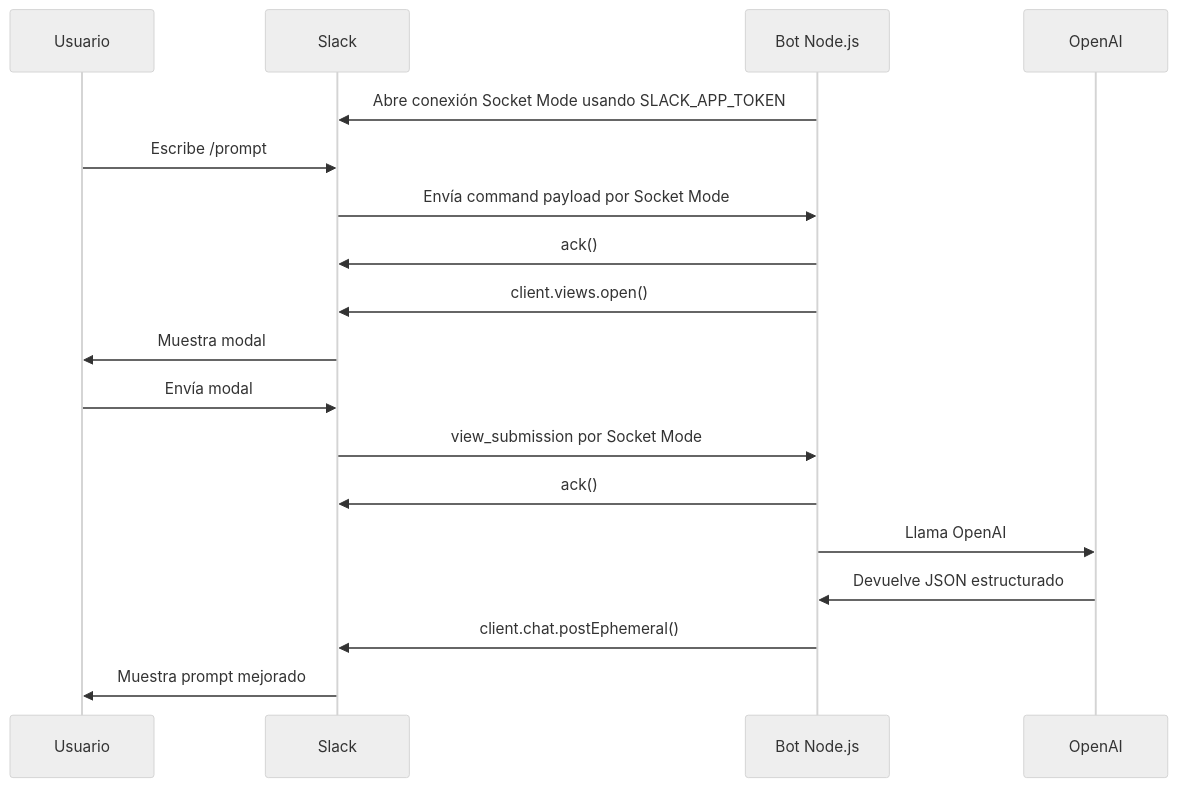
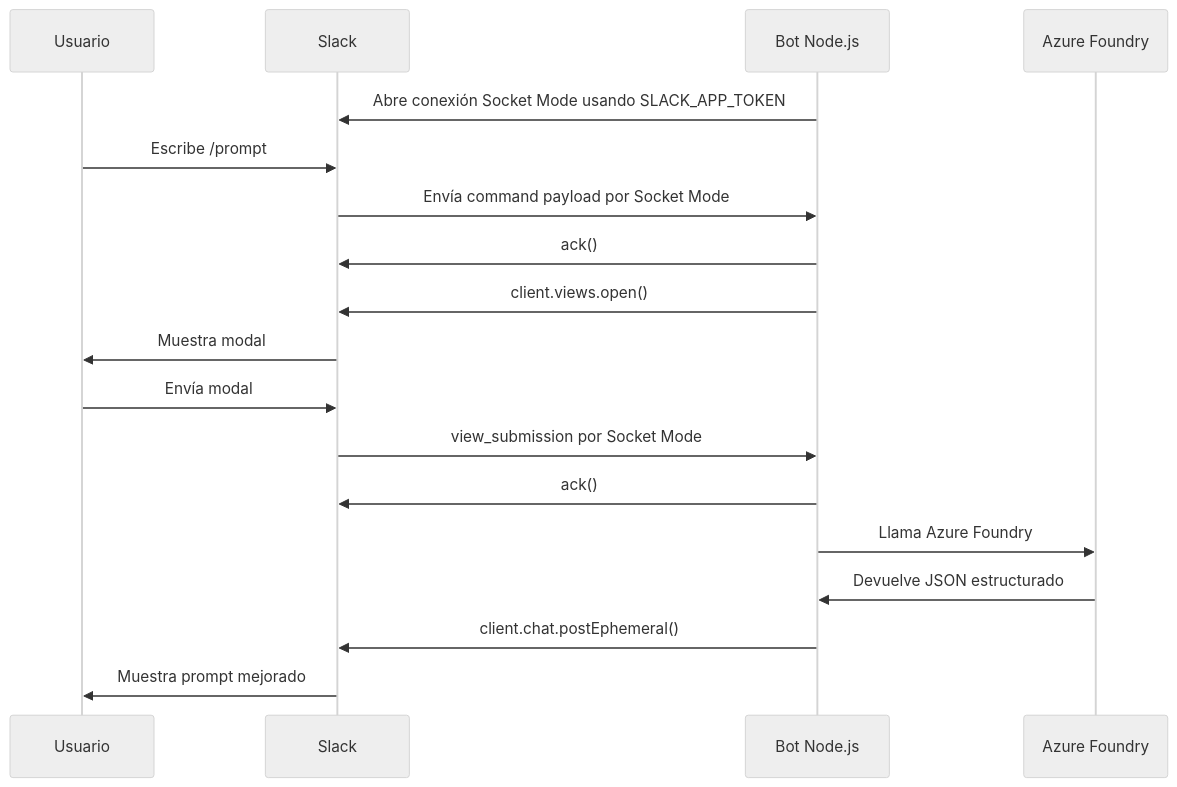
Before and after one commit to dquesada-token/slackMasterPrompt: the diagram in README.md, drawn with Mermaid (neutral theme). The commit also changed other lines of this file and 11 other files, not shown here.

Commit message:
feat: migrar integración LLM a Azure Foundry

````diff
--- a/README.md
+++ b/README.md
@@ -77,22 +77,22 @@
 ```mermaid
 sequenceDiagram
   participant U as Usuario
   participant S as Slack
   participant B as Bot Node.js
-  participant O as OpenAI
+  participant A as Azure Foundry
 
   B->>S: Abre conexión Socket Mode usando SLACK_APP_TOKEN
   U->>S: Escribe /prompt
   S->>B: Envía command payload por Socket Mode
   B->>S: ack()
   B->>S: client.views.open()
   S->>U: Muestra modal
 
   U->>S: Envía modal
   S->>B: view_submission por Socket Mode
   B->>S: ack()
-  B->>O: Llama OpenAI
-  O->>B: Devuelve JSON estructurado
+  B->>A: Llama Azure Foundry
+  A->>B: Devuelve JSON estructurado
   B->>S: client.chat.postEphemeral()
   S->>U: Muestra prompt mejorado
 ```
````
